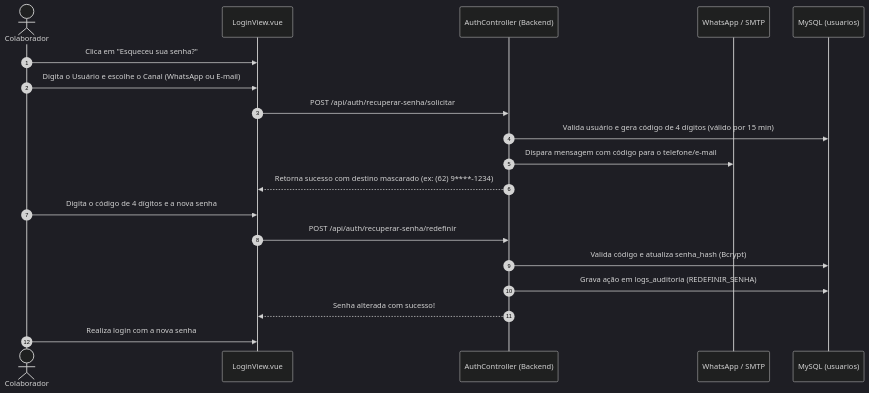
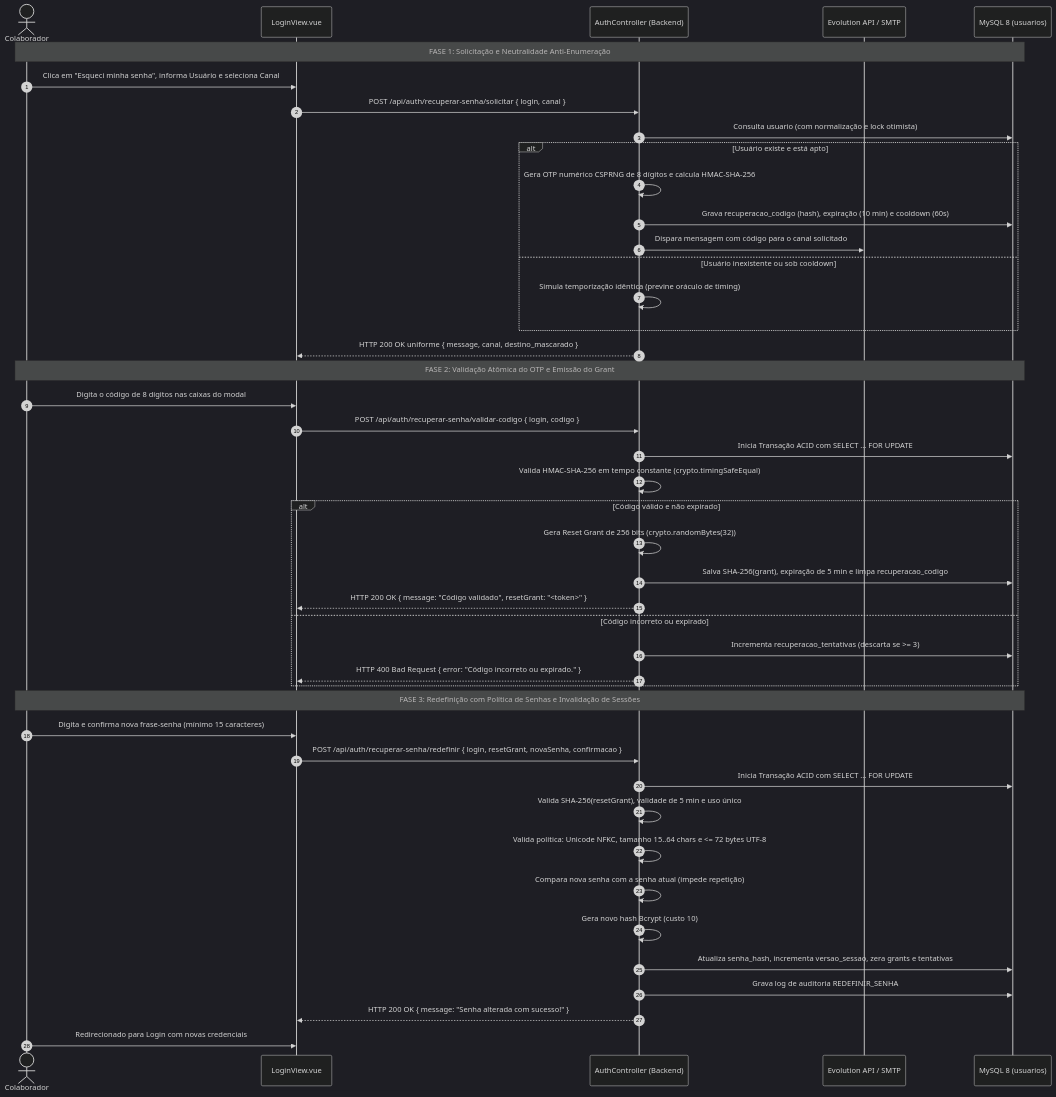
One commit to Eduardo-Resende/guicell-manager changed the diagram in tcc/autenticacao.md. Above: the diagram before and after it, drawn with Mermaid (dark theme). The commit also changed other lines of this file and 12 other files, not shown here.

Commit message:
docs(security): adicionar relatorio tecnico completo, atualizar documentacao do tcc e ajustar modal para 8 digitos

````diff
--- a/tcc/autenticacao.md
+++ b/tcc/autenticacao.md
@@ -40,22 +53,49 @@
 ```mermaid
 sequenceDiagram
     autonumber
     actor Operador as Colaborador
     participant Login as LoginView.vue
     participant API as AuthController (Backend)
-    participant Provider as WhatsApp / SMTP
-    participant DB as MySQL (usuarios)
+    participant Provider as Evolution API / SMTP
+    participant DB as MySQL 8 (usuarios)
 
-    Operador->>Login: Clica em "Esqueceu sua senha?"
-    Operador->>Login: Digita o Usuário e escolhe o Canal (WhatsApp ou E-mail)
-    Login->>API: POST /api/auth/recuperar-senha/solicitar
-    API->>DB: Valida usuário e gera código de 4 dígitos (válido por 15 min)
-    API->>Provider: Dispara mensagem com código para o telefone/e-mail
-    API-->>Login: Retorna sucesso com destino mascarado (ex: (62) 9****-1234)
-    Operador->>Login: Digita o código de 4 dígitos e a nova senha
-    Login->>API: POST /api/auth/recuperar-senha/redefinir
-    API->>DB: Valida código e atualiza senha_hash (Bcrypt)
-    API->>DB: Grava ação em logs_auditoria (REDEFINIR_SENHA)
-    API-->>Login: Senha alterada com sucesso!
-    Operador->>Login: Realiza login com a nova senha
+    Note over Operador,DB: FASE 1: Solicitação e Neutralidade Anti-Enumeração
+    Operador->>Login: Clica em "Esqueci minha senha", informa Usuário e seleciona Canal
+    Login->>API: POST /api/auth/recuperar-senha/solicitar { login, canal }
+    API->>DB: Consulta usuario (com normalização e lock otimista)
+    alt Usuário existe e está apto
+        API->>API: Gera OTP numérico CSPRNG de 8 dígitos e calcula HMAC-SHA-256
+        API->>DB: Grava recuperacao_codigo (hash), expiração (10 min) e cooldown (60s)
+        API->>Provider: Dispara mensagem com código para o canal solicitado
+    else Usuário inexistente ou sob cooldown
+        API->>API: Simula temporização idêntica (previne oráculo de timing)
+    end
+    API-->>Login: HTTP 200 OK uniforme { message, canal, destino_mascarado }
+
+    Note over Operador,DB: FASE 2: Validação Atômica do OTP e Emissão do Grant
+    Operador->>Login: Digita o código de 8 dígitos nas caixas do modal
+    Login->>API: POST /api/auth/recuperar-senha/validar-codigo { login, codigo }
+    API->>DB: Inicia Transação ACID com SELECT ... FOR UPDATE
+    API->>API: Valida HMAC-SHA-256 em tempo constante (crypto.timingSafeEqual)
+    alt Código válido e não expirado
+        API->>API: Gera Reset Grant de 256 bits (crypto.randomBytes(32))
+        API->>DB: Salva SHA-256(grant), expiração de 5 min e limpa recuperacao_codigo
+        API-->>Login: HTTP 200 OK { message: "Código validado", resetGrant: "<token>" }
+    else Código incorreto ou expirado
+        API->>DB: Incrementa recuperacao_tentativas (descarta se >= 3)
+        API-->>Login: HTTP 400 Bad Request { error: "Código incorreto ou expirado." }
+    end
+
+    Note over Operador,DB: FASE 3: Redefinição com Política de Senhas e Invalidação de Sessões
+    Operador->>Login: Digita e confirma nova frase-senha (mínimo 15 caracteres)
+    Login->>API: POST /api/auth/recuperar-senha/redefinir { login, resetGrant, novaSenha, confirmacao }
+    API->>DB: Inicia Transação ACID com SELECT ... FOR UPDATE
+    API->>API: Valida SHA-256(resetGrant), validade de 5 min e uso único
+    API->>API: Valida política: Unicode NFKC, tamanho 15..64 chars e <= 72 bytes UTF-8
+    API->>API: Compara nova senha com a senha atual (impede repetição)
+    API->>API: Gera novo hash Bcrypt (custo 10)
+    API->>DB: Atualiza senha_hash, incrementa versao_sessao, zera grants e tentativas
+    API->>DB: Grava log de auditoria REDEFINIR_SENHA
+    API-->>Login: HTTP 200 OK { message: "Senha alterada com sucesso!" }
+    Operador->>Login: Redirecionado para Login com novas credenciais
 ```
````
